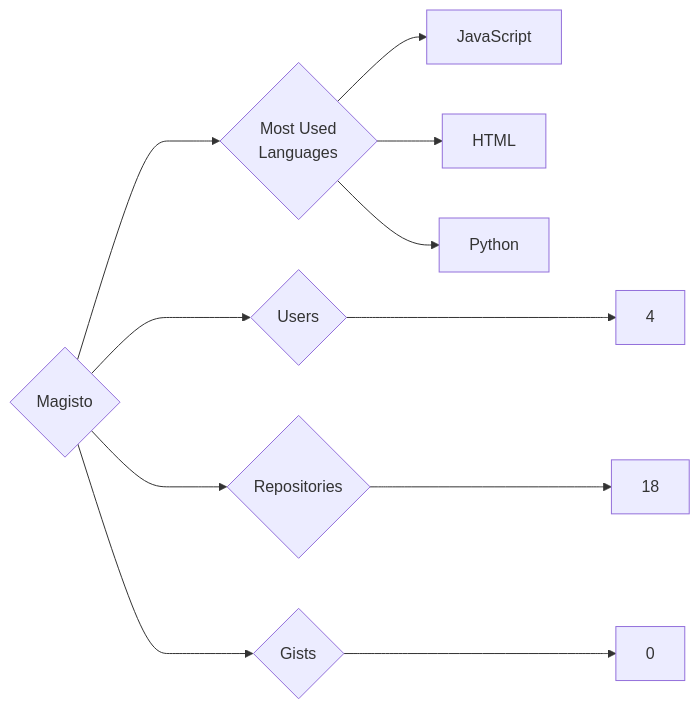
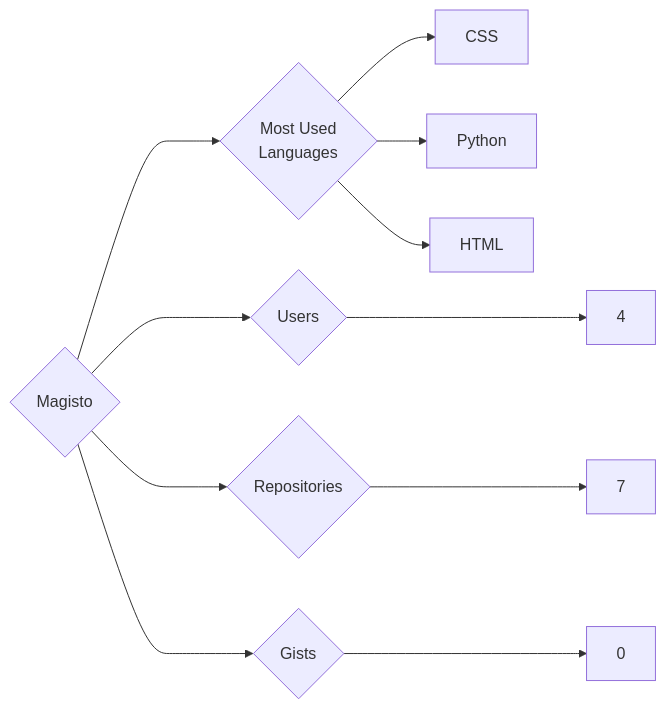
Before and after one commit to trickest/insiders: the diagram in targets/Magisto/README.md, drawn with Mermaid. The commit also changed 888 other files, not shown here.

````diff
--- a/targets/Magisto/README.md
+++ b/targets/Magisto/README.md
@@ -3,11 +3,11 @@
 ```mermaid
 graph LR
 COMPANY_NAME{Magisto}
 COMPANY_NAME ---> U{Users} ---> UN[4]
-COMPANY_NAME ---> R{Repositories} ---> RN[18]
+COMPANY_NAME ---> R{Repositories} ---> RN[7]
 COMPANY_NAME ---> G{Gists} ---> GN[0]
 COMPANY_NAME ---> ML{Most Used<br>Languages}
-ML --> JavaScript[JavaScript]
+ML --> CSS[CSS]
+ML --> Python[Python]
 ML --> HTML[HTML]
-ML --> Python[Python]
 ```
````
